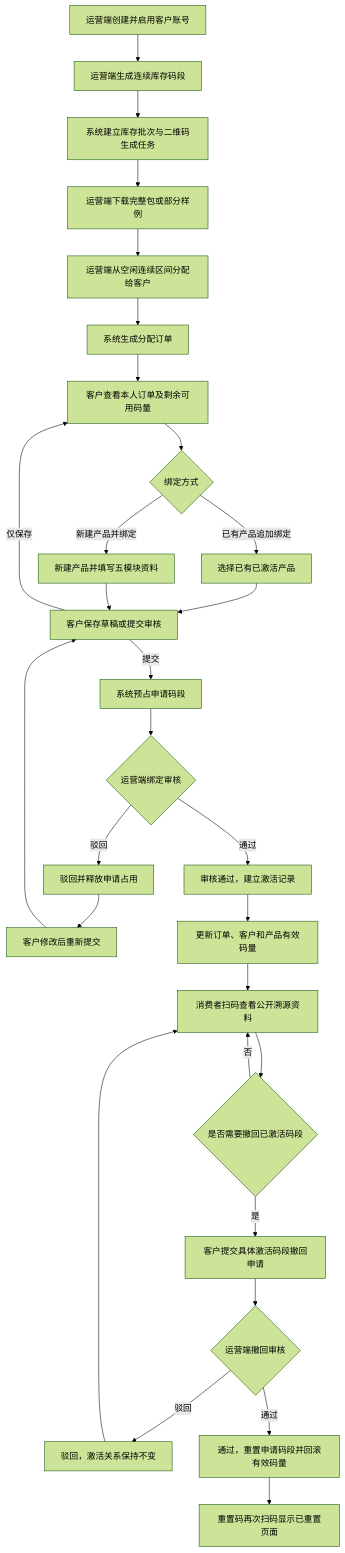
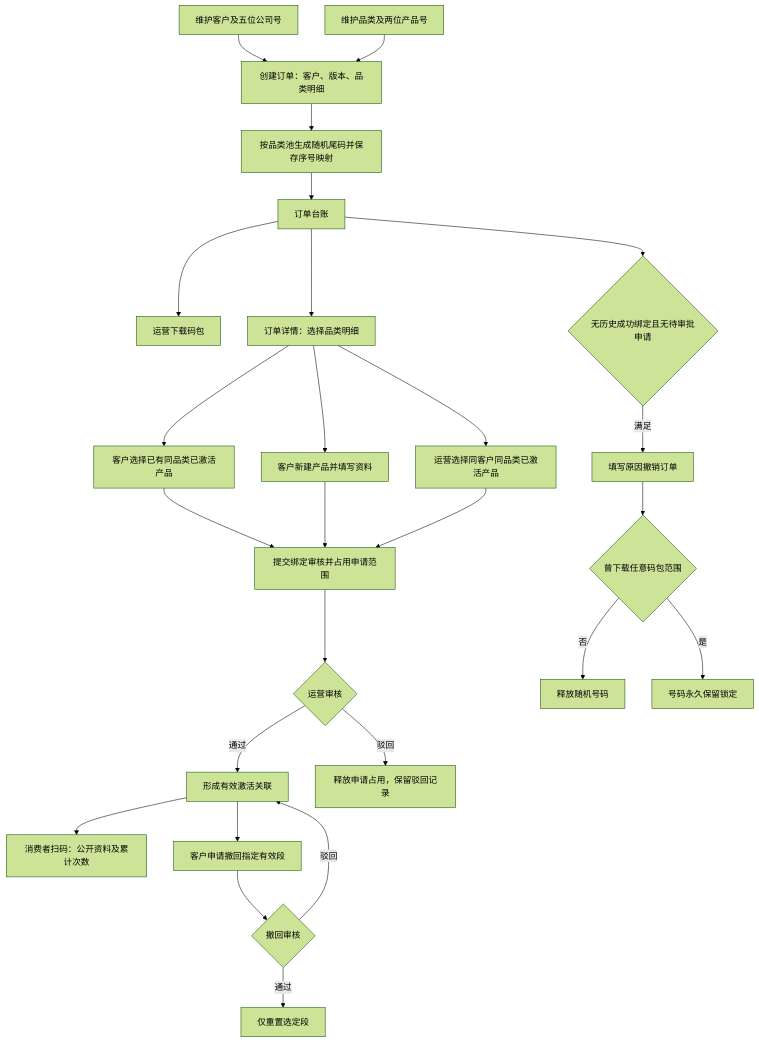
One commit to watanabeJ/traceability-quality-code-prototype changed the first of 2 diagrams in docs/development/01-business-processes.md. Above: the diagram before and after it, drawn with Mermaid (forest theme). The commit also changed other lines of this file and 165 other files, not shown here.

````diff
--- a/docs/development/01-business-processes.md
+++ b/docs/development/01-business-processes.md
@@ -17,39 +7,28 @@
 ```mermaid
 flowchart TD
-    A["运营端创建并启用客户账号"]
-    B["运营端生成连续库存码段"]
-    C["系统建立库存批次与二维码生成任务"]
-    D["运营端下载完整包或部分样例"]
-    E["运营端从空闲连续区间分配给客户"]
-    F["系统生成分配订单"]
-    G["客户查看本人订单及剩余可用码量"]
-    H{"绑定方式"}
-    I["选择已有已激活产品"]
-    J["新建产品并填写五模块资料"]
-    K["客户保存草稿或提交审核"]
-    L["系统预占申请码段"]
-    M{"运营端绑定审核"}
-    N["驳回并释放申请占用"]
-    O["客户修改后重新提交"]
-    P["审核通过，建立激活记录"]
-    Q["更新订单、客户和产品有效码量"]
-    R["消费者扫码查看公开溯源资料"]
-    S{"是否需要撤回已激活码段"}
-    T["客户提交具体激活码段撤回申请"]
-    U{"运营端撤回审核"}
-    V["驳回，激活关系保持不变"]
-    W["通过，重置申请码段并回滚有效码量"]
-    X["重置码再次扫码显示已重置页面"]
-
-    A --> B --> C --> D --> E --> F --> G --> H
-    H -->|"已有产品追加绑定"| I --> K
-    H -->|"新建产品并绑定"| J --> K
-    K -->|"仅保存"| G
-    K -->|"提交"| L --> M
-    M -->|"驳回"| N --> O --> K
-    M -->|"通过"| P --> Q --> R --> S
-    S -->|"否"| R
-    S -->|"是"| T --> U
-    U -->|"驳回"| V --> R
-    U -->|"通过"| W --> X
+  C["维护客户及五位公司号"] --> O["创建订单：客户、版本、品类明细"]
+  K["维护品类及两位产品号"] --> O
+  O --> G["按品类池生成随机尾码并保存序号映射"]
+  G --> L["订单台账"]
+  L --> D["运营下载码包"]
+  L --> B["订单详情：选择品类明细"]
+  B --> E["客户选择已有同品类已激活产品"]
+  B --> N["客户新建产品并填写资料"]
+  E --> R["提交绑定审核并占用申请范围"]
+  N --> R
+  R --> A{"运营审核"}
+  A -->|"通过"| V["形成有效激活关联"]
+  A -->|"驳回"| F["释放申请占用，保留驳回记录"]
+  B --> X["运营选择同客户同品类已激活产品"]
+  X --> R
+  V --> S["消费者扫码：公开资料及累计次数"]
+  V --> W["客户申请撤回指定有效段"]
+  W --> Q{"撤回审核"}
+  Q -->|"通过"| Z["仅重置选定段"]
+  Q -->|"驳回"| V
+  L --> H{"无历史成功绑定且无待审批申请"}
+  H -->|"满足"| J["填写原因撤销订单"]
+  J --> T{"曾下载任意码包范围"}
+  T -->|"否"| U["释放随机号码"]
+  T -->|"是"| Y["号码永久保留锁定"]
 ```
````
